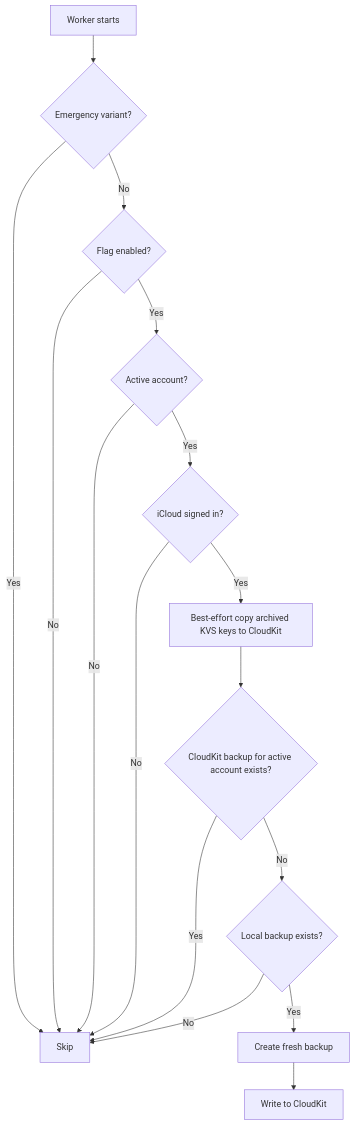
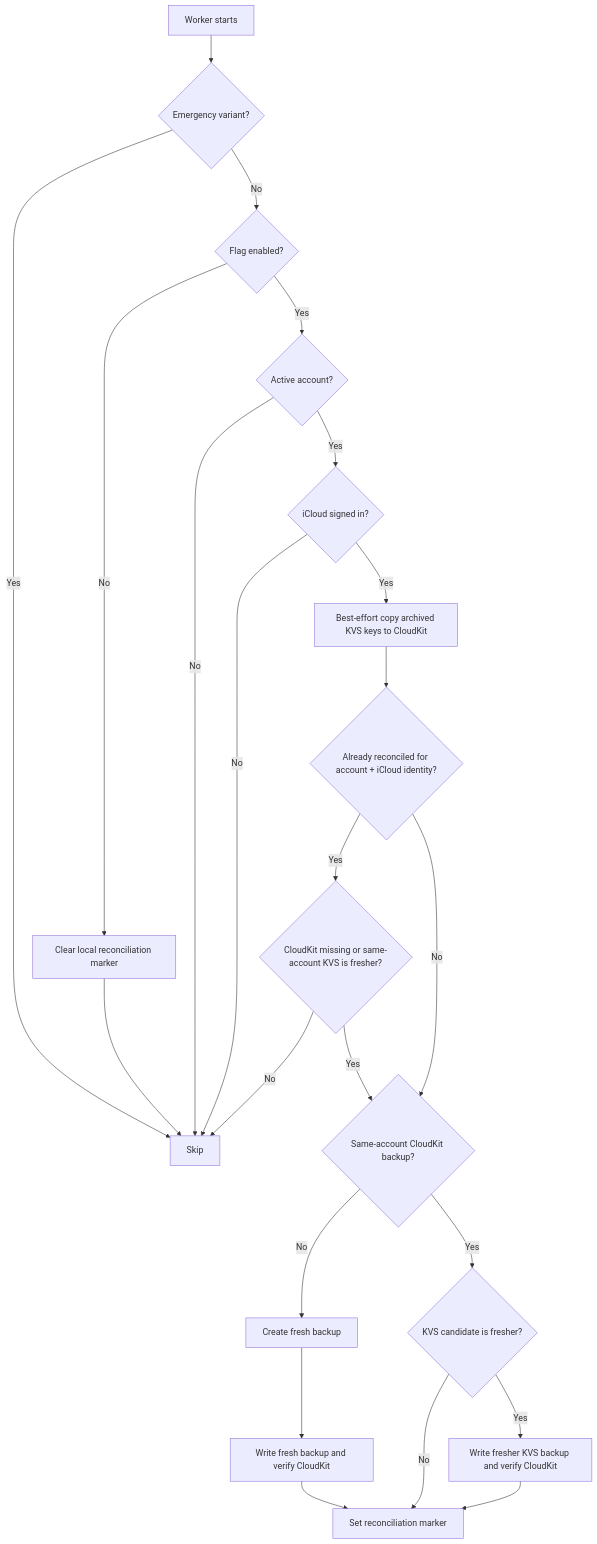
Before and after one commit to proto-at-block/bitkey: the diagram in app/domain/cloud-backup/README.md, drawn with Mermaid. The commit also changed other lines of this file and 2147 other files, not shown here.

````diff
--- a/app/domain/cloud-backup/README.md
+++ b/app/domain/cloud-backup/README.md
@@ -68,18 +69,25 @@
 ```mermaid
 flowchart TD
     A[Worker starts] --> B{Emergency variant?}
     B -->|Yes| Z[Skip]
     B -->|No| C{Flag enabled?}
-    C -->|No| Z
+    C -->|No| C1[Clear local reconciliation marker]
+    C1 --> Z
     C -->|Yes| D{Active account?}
     D -->|No| Z
     D -->|Yes| E{iCloud signed in?}
     E -->|No| Z
     E -->|Yes| F[Best-effort copy archived KVS keys to CloudKit]
-    F --> G{CloudKit backup for active account exists?}
-    G -->|Yes| Z
-    G -->|No| H{Local backup exists?}
-    H -->|No| Z
-    H -->|Yes| I[Create fresh backup]
-    I --> J[Write to CloudKit]
+    F --> G{Already reconciled for account + iCloud identity?}
+    G -->|Yes| G1{CloudKit missing or same-account KVS is fresher?}
+    G1 -->|No| Z
+    G1 -->|Yes| H
+    G -->|No| H
+    H{Same-account CloudKit backup?} -->|No| I[Create fresh backup]
+    H -->|Yes| I1{KVS candidate is fresher?}
+    I1 -->|No| K[Set reconciliation marker]
+    I1 -->|Yes| J[Write fresher KVS backup and verify CloudKit]
+    I --> J1[Write fresh backup and verify CloudKit]
+    J1 --> K
+    J --> K
 ```
````
